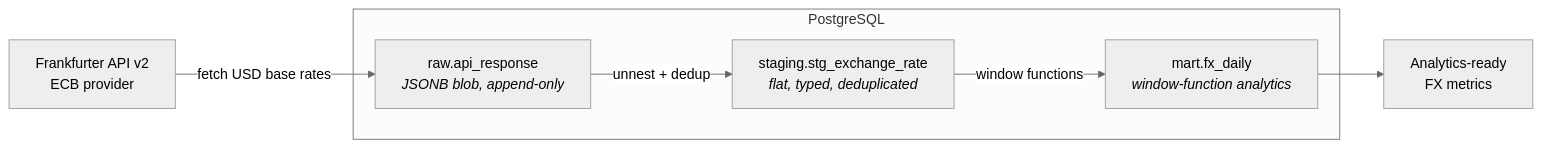
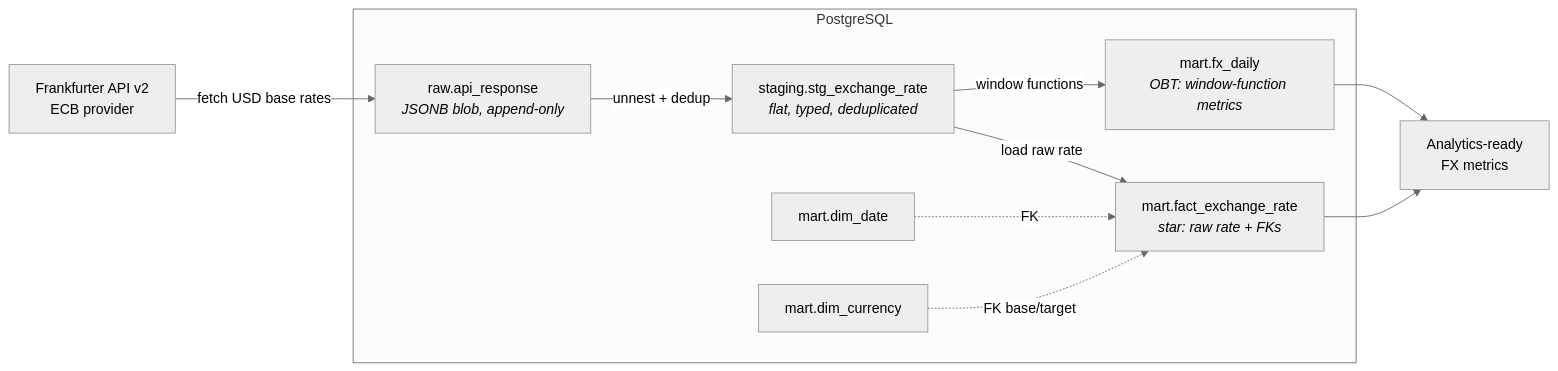
One commit to Kirakiraz/currency-api-v2 changed the diagram in README.md. Above: the diagram before and after it, drawn with Mermaid (neutral theme). The commit also changed other lines of this file, not shown here.

Commit message:
docs: rewrite README for star schema, restructure, and setup guide

````diff
--- a/README.md
+++ b/README.md
@@ -11,14 +19,22 @@
 ```mermaid
 flowchart LR
     A[Frankfurter API v2<br/>ECB provider] -->|fetch USD base rates| B
 
     subgraph PostgreSQL
         B[raw.api_response<br/><i>JSONB blob, append-only</i>]
         C[staging.stg_exchange_rate<br/><i>flat, typed, deduplicated</i>]
-        D[mart.fx_daily<br/><i>window-function analytics</i>]
+        D[mart.fx_daily<br/><i>OBT: window-function metrics</i>]
+        F[mart.fact_exchange_rate<br/><i>star: raw rate + FKs</i>]
+        G[mart.dim_date]
+        H[mart.dim_currency]
+
         B -->|unnest + dedup| C
         C -->|window functions| D
+        C -->|load raw rate| F
+        G -.->|FK| F
+        H -.->|FK base/target| F
     end
 
     D --> E[Analytics-ready<br/>FX metrics]
+    F --> E
 ```
````
